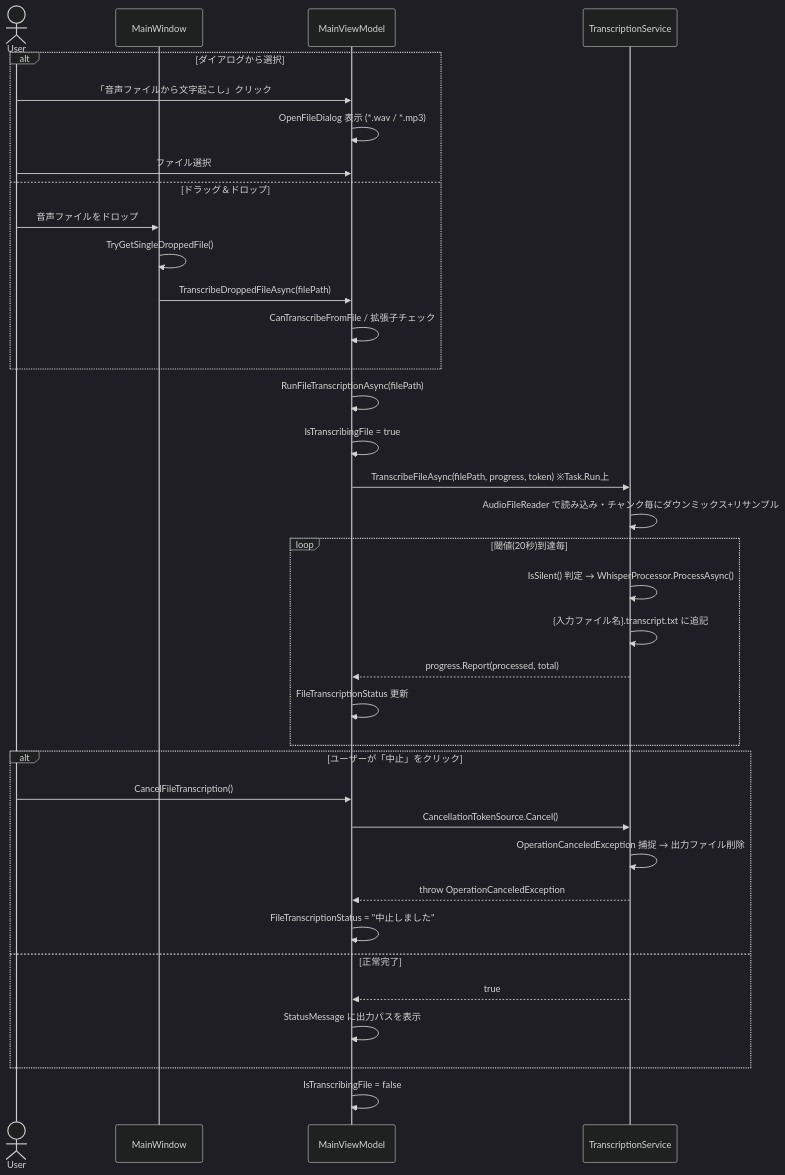
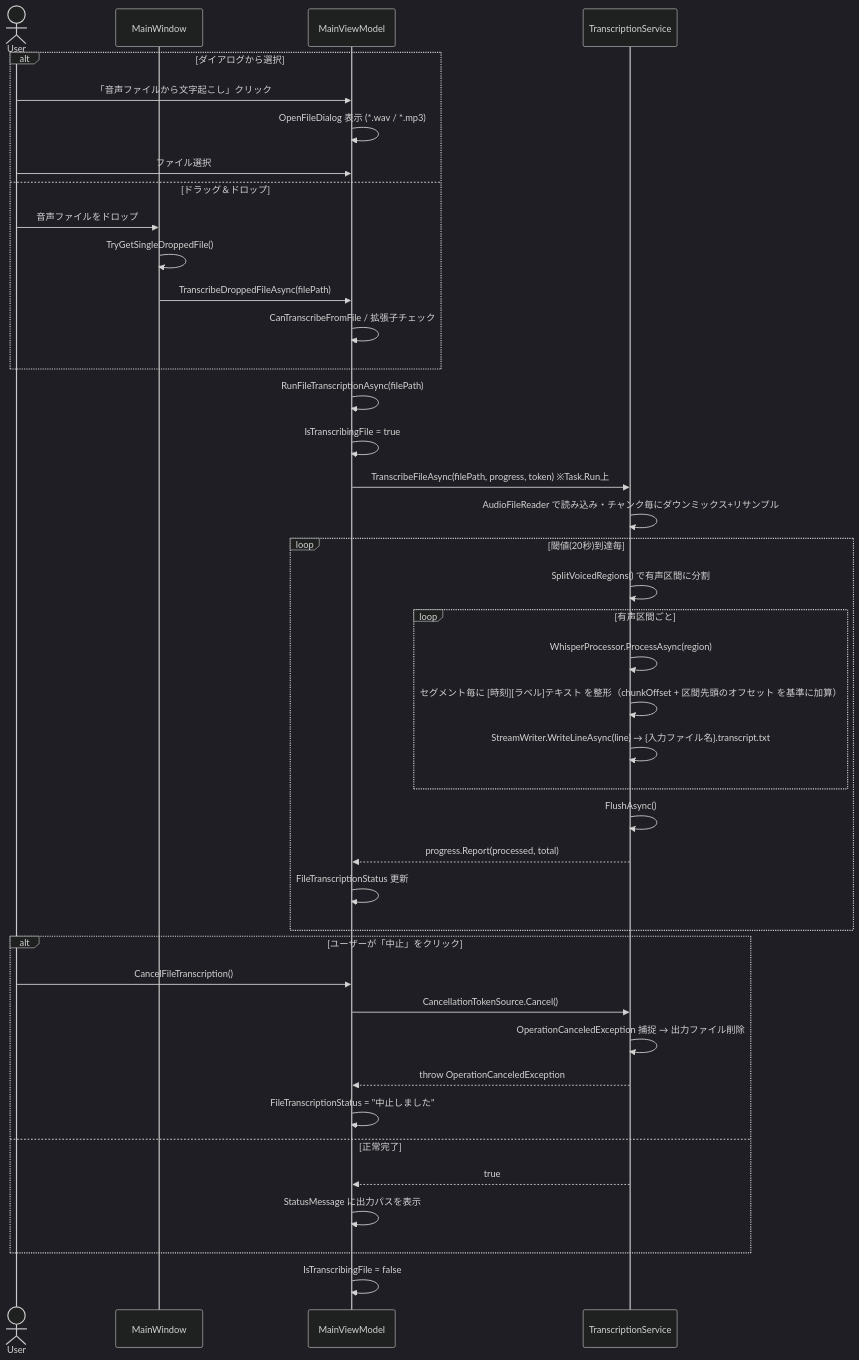
Before and after one commit to otomac/audio-capture-app: the sixth of 7 diagrams in docs/spec/04_sequence_diagram.md, drawn with Mermaid (dark theme). The commit also changed other lines of this file and 12 other files, not shown here.

````diff
--- a/docs/spec/04_sequence_diagram.md
+++ b/docs/spec/04_sequence_diagram.md
@@ -177,43 +177,48 @@
 ```mermaid
 sequenceDiagram
     actor User
     participant MW as MainWindow
     participant VM as MainViewModel
     participant TS as TranscriptionService
 
     alt ダイアログから選択
         User->>VM: 「音声ファイルから文字起こし」クリック
         VM->>VM: OpenFileDialog 表示 (*.wav / *.mp3)
         User->>VM: ファイル選択
     else ドラッグ＆ドロップ
         User->>MW: 音声ファイルをドロップ
         MW->>MW: TryGetSingleDroppedFile()
         MW->>VM: TranscribeDroppedFileAsync(filePath)
         VM->>VM: CanTranscribeFromFile / 拡張子チェック
     end
 
     VM->>VM: RunFileTranscriptionAsync(filePath)
     VM->>VM: IsTranscribingFile = true
     VM->>TS: TranscribeFileAsync(filePath, progress, token) ※Task.Run上
 
     TS->>TS: AudioFileReader で読み込み・チャンク毎にダウンミックス+リサンプル
     loop 閾値(20秒)到達毎
-        TS->>TS: IsSilent() 判定 → WhisperProcessor.ProcessAsync()
-        TS->>TS: {入力ファイル名}.transcript.txt に追記
+        TS->>TS: SplitVoicedRegions() で有声区間に分割
+        loop 有声区間ごと
+            TS->>TS: WhisperProcessor.ProcessAsync(region)
+            TS->>TS: セグメント毎に [時刻][ラベル]テキスト を整形（chunkOffset + 区間先頭のオフセット を基準に加算）
+            TS->>TS: StreamWriter.WriteLineAsync(line) → {入力ファイル名}.transcript.txt
+        end
+        TS->>TS: FlushAsync()
         TS-->>VM: progress.Report(processed, total)
         VM->>VM: FileTranscriptionStatus 更新
     end
 
     alt ユーザーが「中止」をクリック
         User->>VM: CancelFileTranscription()
         VM->>TS: CancellationTokenSource.Cancel()
         TS->>TS: OperationCanceledException 捕捉 → 出力ファイル削除
         TS-->>VM: throw OperationCanceledException
         VM->>VM: FileTranscriptionStatus = "中止しました"
     else 正常完了
         TS-->>VM: true
         VM->>VM: StatusMessage に出力パスを表示
     end
 
     VM->>VM: IsTranscribingFile = false
 ```
````
